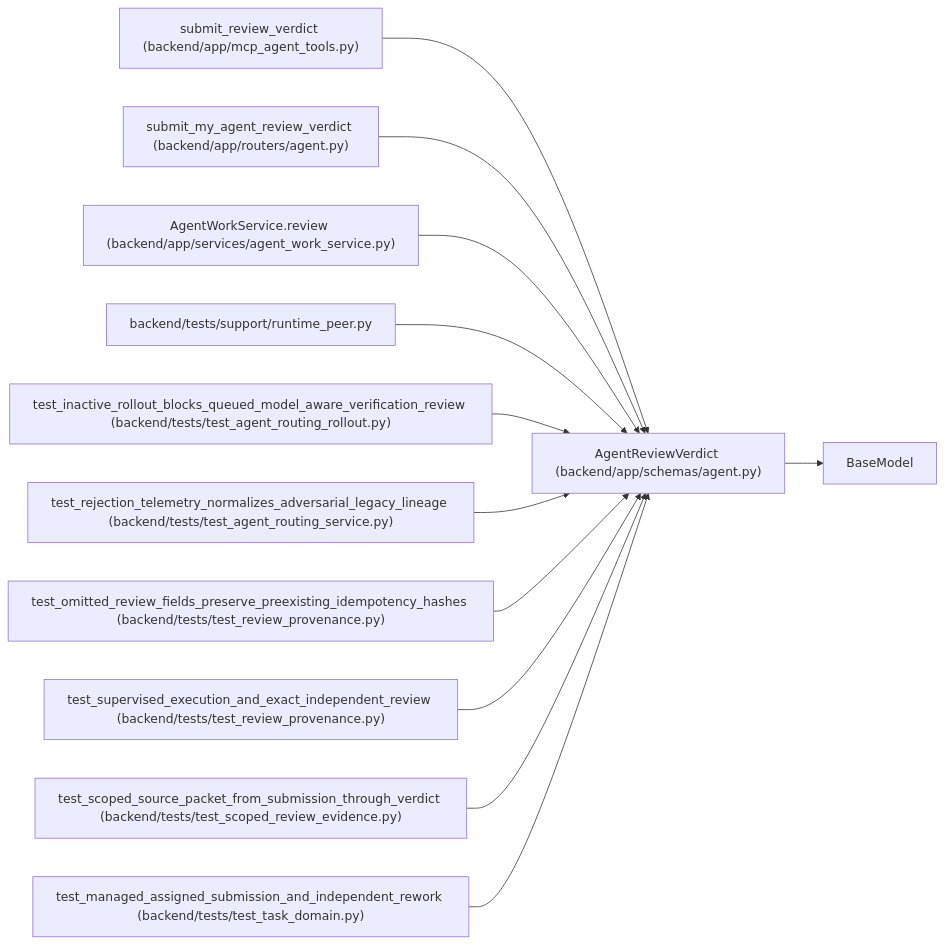
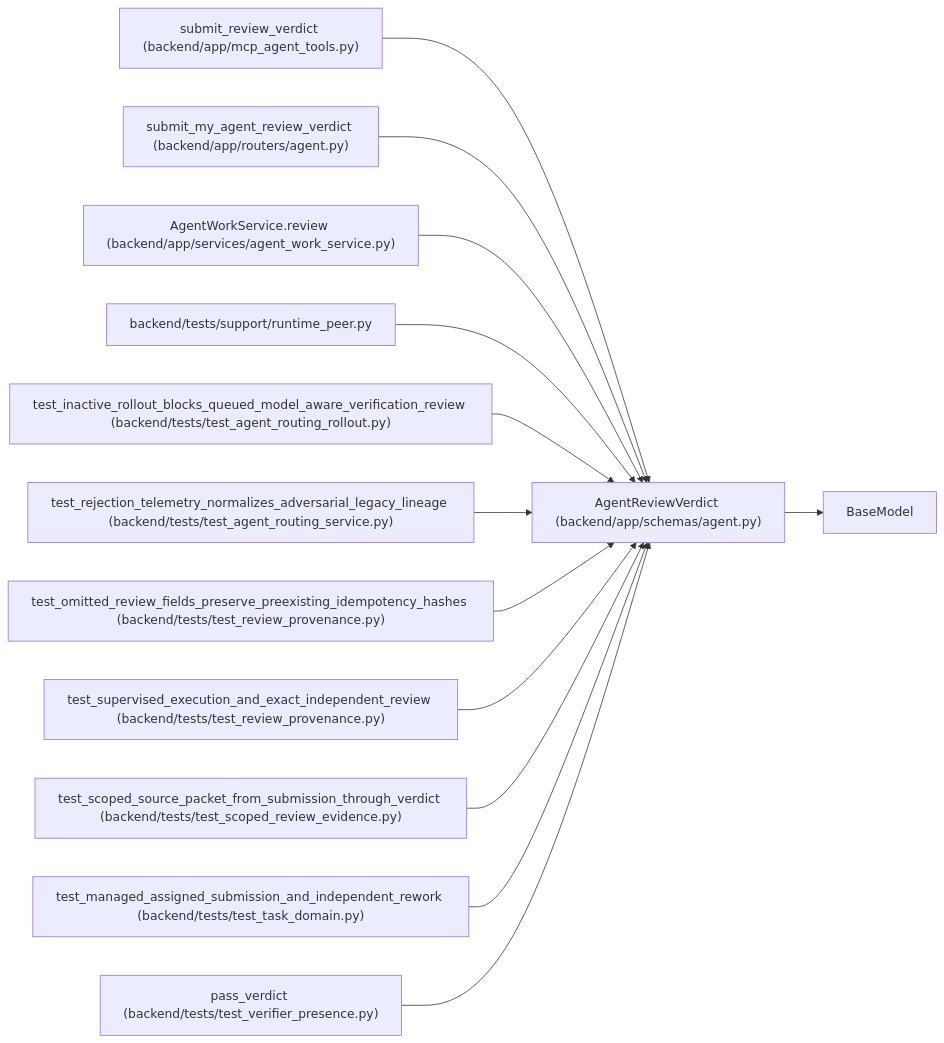
One commit to Denissvgn/WorkChord changed the diagram in docs/llm_wiki/entities/AgentReviewVerdict.md. Above: the diagram before and after it, drawn with Mermaid. The commit also changed other lines of this file and 623 other files, not shown here.

Commit message:
Sync the architectural wiki for judging a verifier by its own presence

````diff
--- a/docs/llm_wiki/entities/AgentReviewVerdict.md
+++ b/docs/llm_wiki/entities/AgentReviewVerdict.md
@@ -48,37 +48,40 @@
 ```mermaid
 flowchart LR
     n0["AgentReviewVerdict (backend/app/schemas/agent.py)"]
     n1["BaseModel"]
     n2["submit_review_verdict (backend/app/mcp_agent_tools.py)"]
     n3["submit_my_agent_review_verdict (backend/app/routers/agent.py)"]
     n4["AgentWorkService.review (backend/app/services/agent_work_service.py)"]
     n5["backend/tests/support/runtime_peer.py"]
     n6["test_inactive_rollout_blocks_queued_model_aware_verification_review (backend/tests/test_agent_routing_rollout.py)"]
     n7["test_rejection_telemetry_normalizes_adversarial_legacy_lineage (backend/tests/test_agent_routing_service.py)"]
     n8["test_omitted_review_fields_preserve_preexisting_idempotency_hashes (backend/tests/test_review_provenance.py)"]
     n9["test_supervised_execution_and_exact_independent_review (backend/tests/test_review_provenance.py)"]
     n10["test_scoped_source_packet_from_submission_through_verdict (backend/tests/test_scoped_review_evidence.py)"]
     n11["test_managed_assigned_submission_and_independent_rework (backend/tests/test_task_domain.py)"]
+    n12["pass_verdict (backend/tests/test_verifier_presence.py)"]
     n0 --> n1
     n2 --> n0
     n3 --> n0
     n4 --> n0
     n5 --> n0
     n6 --> n0
     n7 --> n0
     n8 --> n0
     n9 --> n0
     n10 --> n0
     n11 --> n0
+    n12 --> n0
     click n0 "../modules/schemas_agent.md"
     click n2 "../modules/mcp_agent_tools.md"
     click n3 "../modules/routers_agent.md"
     click n4 "../modules/agent_work_service.md"
     click n5 "../modules/runtime_peer.md"
     click n6 "../modules/test_agent_routing_rollout.md"
     click n7 "../modules/test_agent_routing_service.md"
     click n8 "../modules/test_review_provenance.md"
     click n9 "../modules/test_review_provenance.md"
     click n10 "../modules/test_scoped_review_evidence.md"
     click n11 "../modules/test_task_domain.md"
+    click n12 "../modules/test_verifier_presence.md"
 ```
````
